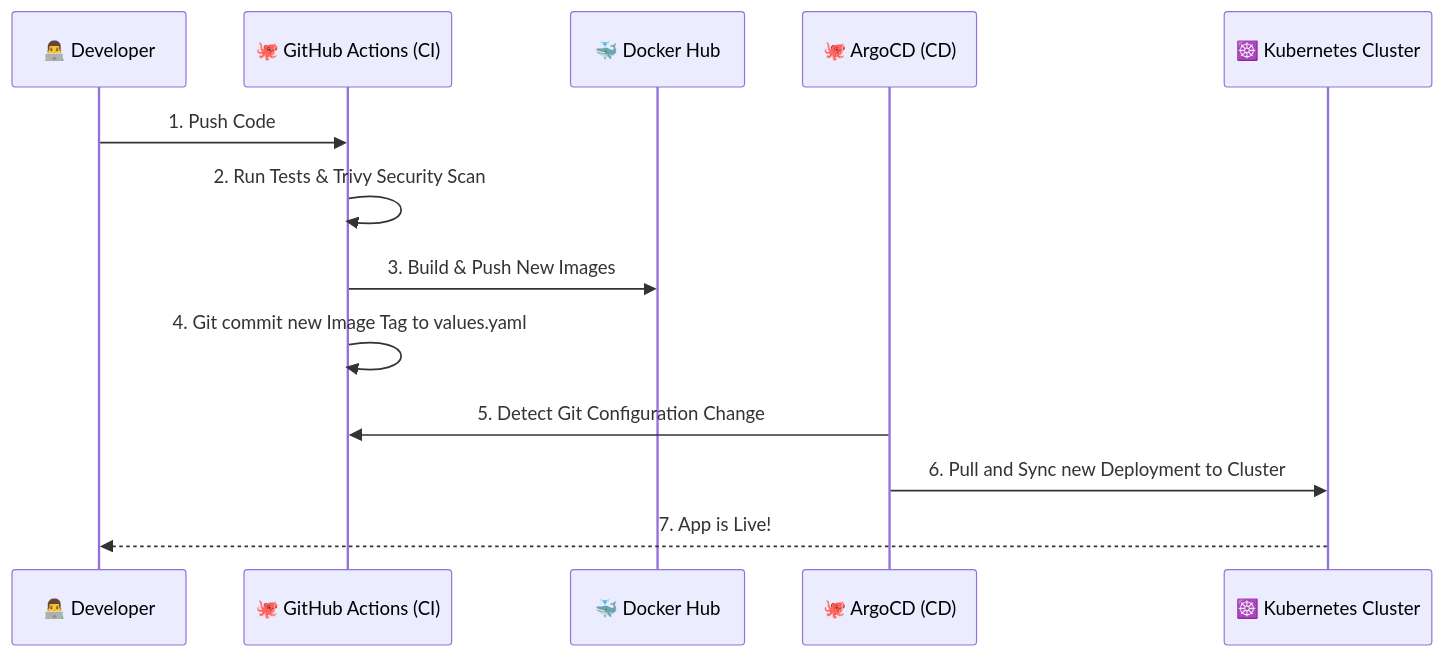
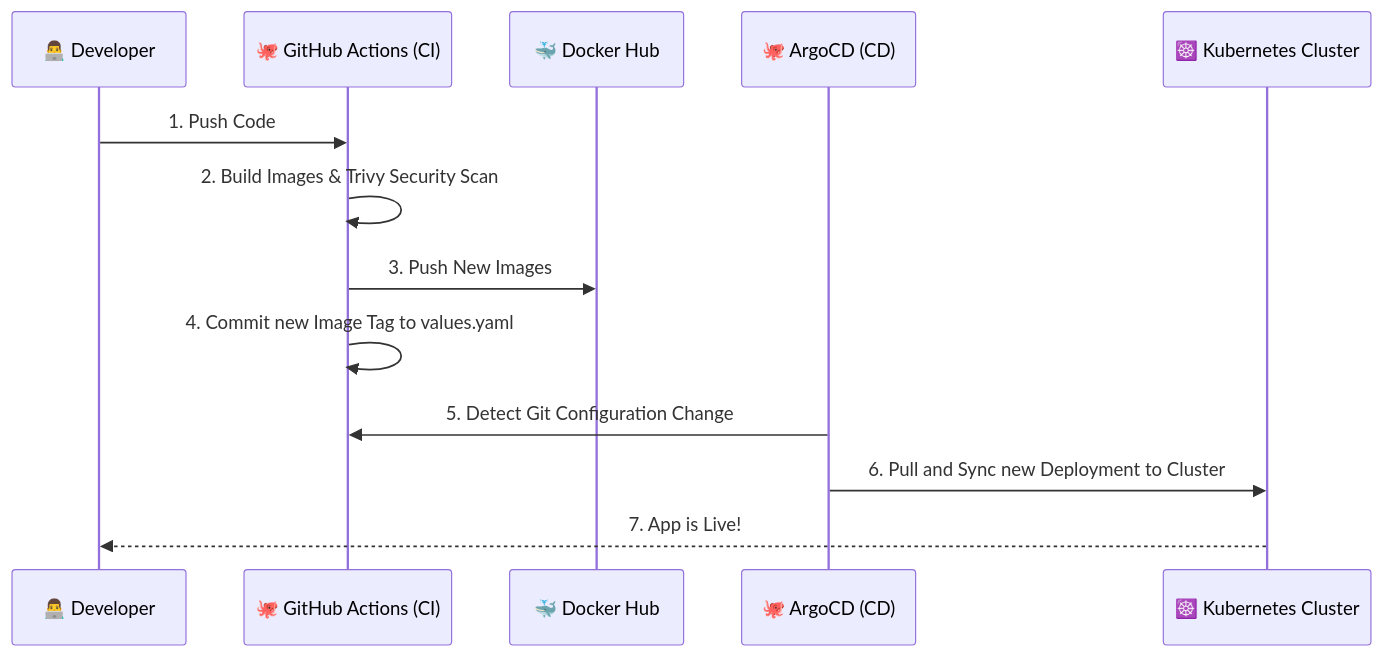
The diagram in 4-ci-cd/README.md (Narendra-Geddam/ecommerce-website), drawn with Mermaid before and after one commit. The commit also changed other lines of this file and 27 other files, not shown here.

````diff
--- a/4-ci-cd/README.md
+++ b/4-ci-cd/README.md
@@ -11,16 +11,16 @@
 ```mermaid
 sequenceDiagram
     participant Dev as 👨‍💻 Developer
     participant Git as 🐙 GitHub Actions (CI)
     participant Registry as 🐳 Docker Hub
     participant Argo as 🐙 ArgoCD (CD)
     participant K8s as ☸️ Kubernetes Cluster
 
     Dev->>Git: 1. Push Code
-    Git->>Git: 2. Run Tests & Trivy Security Scan
-    Git->>Registry: 3. Build & Push New Images
-    Git->>Git: 4. Git commit new Image Tag to values.yaml
+    Git->>Git: 2. Build Images & Trivy Security Scan
+    Git->>Registry: 3. Push New Images
+    Git->>Git: 4. Commit new Image Tag to values.yaml
     Argo->>Git: 5. Detect Git Configuration Change
     Argo->>K8s: 6. Pull and Sync new Deployment to Cluster
     K8s-->>Dev: 7. App is Live!
 ```
````
